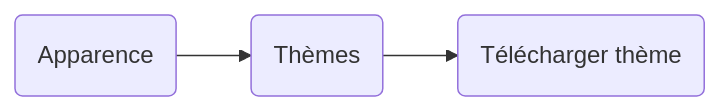
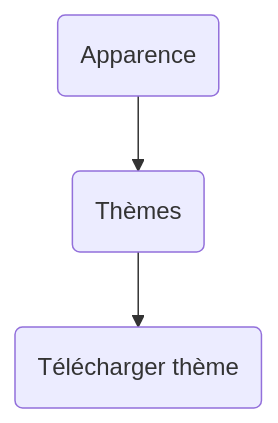
Before and after one commit to aureliem07/Tikalou: the first of 7 diagrams in README.md, drawn with Mermaid.

````diff
--- a/README.md
+++ b/README.md
@@ -24,5 +24,5 @@
 ```mermaid
-graph LR
-A(Apparence) --> B(Thèmes)
-B --> C(Télécharger thème)
+graph TD;
+A(Apparence) --> B(Thèmes);
+B --> C(Télécharger thème);
 ```
````
